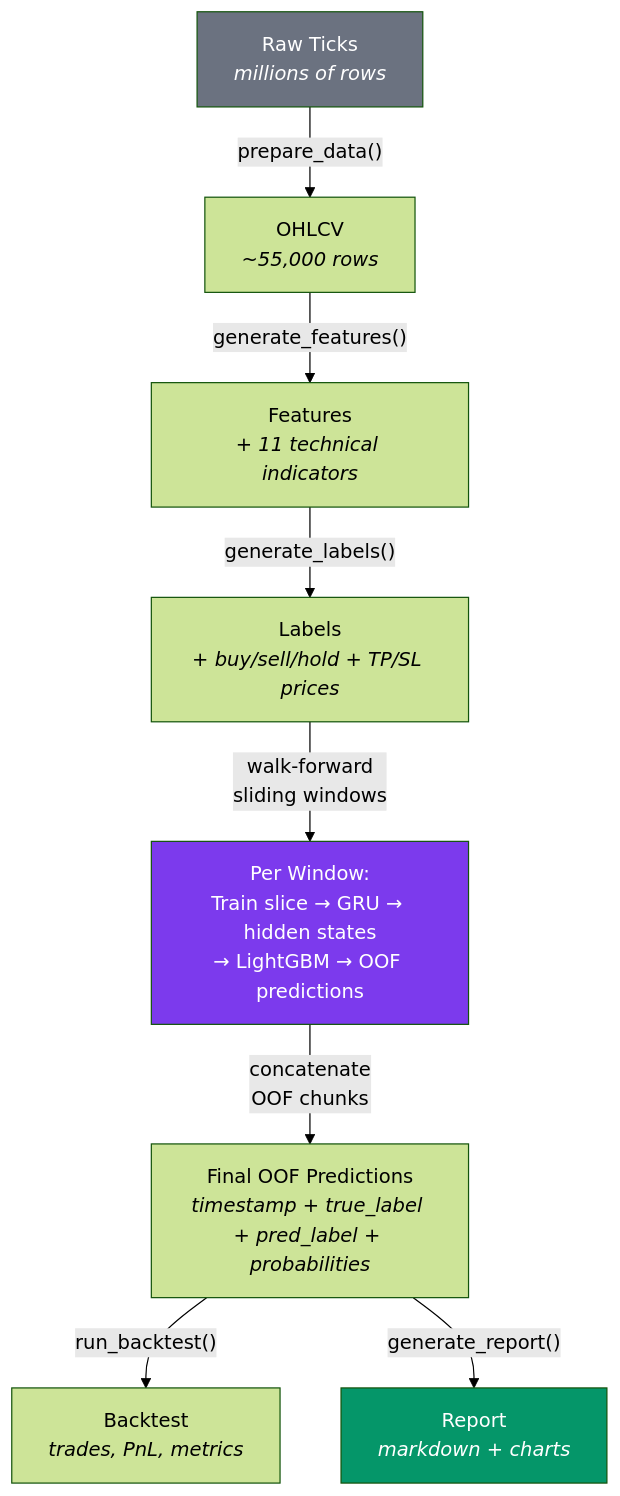
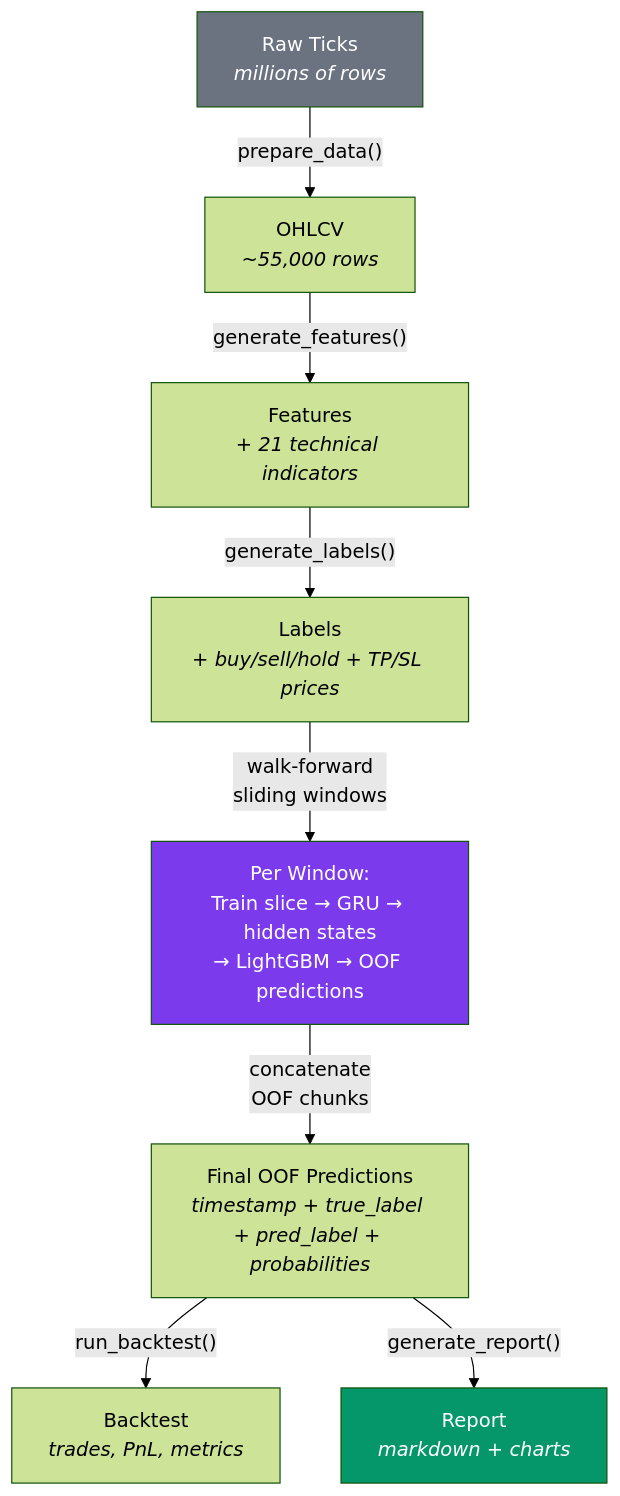
The seventh of 10 diagrams in docs/ARCHITECTURE.md (ultimateBroK/thesis-lgbm), drawn with Mermaid (forest theme) before and after one commit. The commit also changed other lines of this file and 16 other files, not shown here.

First line of the commit message:
feat: enhance configuration and pipeline for improved validation and model architecture

````diff
--- a/docs/ARCHITECTURE.md
+++ b/docs/ARCHITECTURE.md
@@ -355,14 +358,14 @@
 ```mermaid
 flowchart TD
     T0["Raw Ticks<br/><i>millions of rows</i>"] -->|"prepare_data()"| T1["OHLCV<br/><i>~55,000 rows</i>"]
-    T1 -->|"generate_features()"| T2["Features<br/><i>+ 11 technical indicators</i>"]
+    T1 -->|"generate_features()"| T2["Features<br/><i>+ 21 technical indicators</i>"]
     T2 -->|"generate_labels()"| T3["Labels<br/><i>+ buy/sell/hold + TP/SL prices</i>"]
     T3 -->|"walk-forward<br/>sliding windows"| T4["Per Window:<br/>Train slice → GRU → hidden states<br/>→ LightGBM → OOF predictions"]
     T4 -->|"concatenate<br/>OOF chunks"| T5["Final OOF Predictions<br/><i>timestamp + true_label + pred_label + probabilities</i>"]
     T5 -->|"run_backtest()"| T6["Backtest<br/><i>trades, PnL, metrics</i>"]
     T5 -->|"generate_report()"| T7["Report<br/><i>markdown + charts</i>"]
 
     style T0 fill:#6B7280,color:#fff
     style T4 fill:#7C3AED,color:#fff
     style T7 fill:#059669,color:#fff
 ```
````
